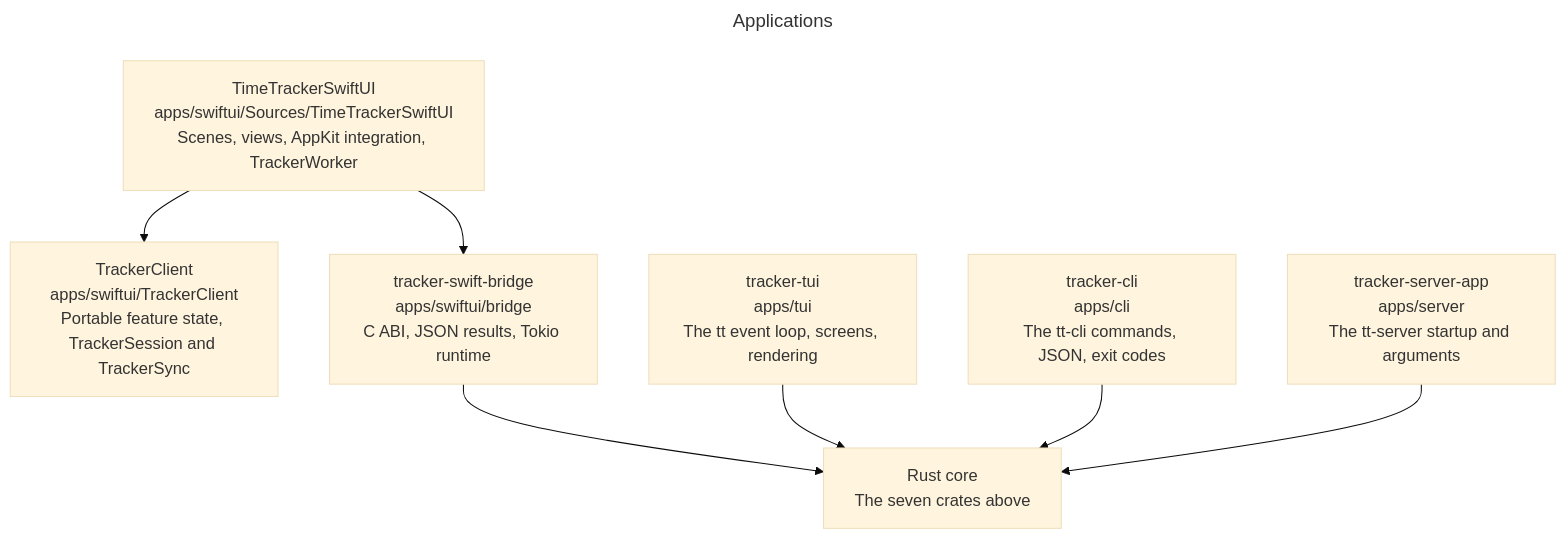
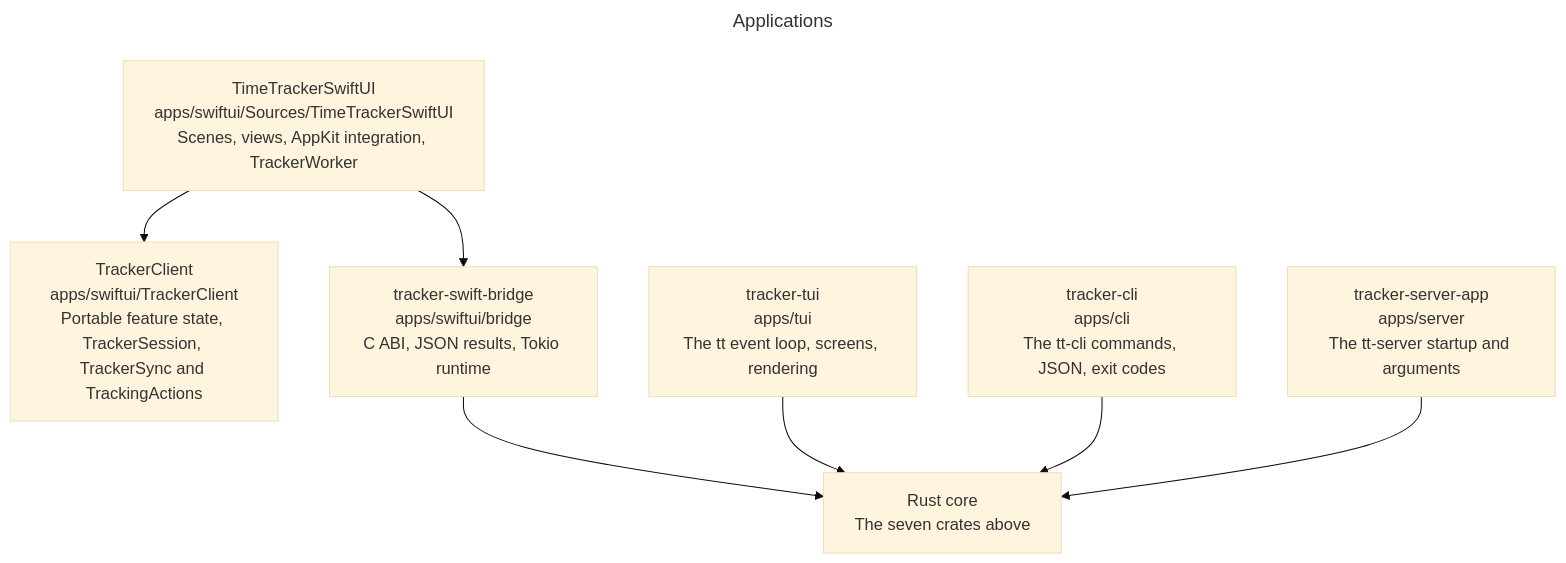
One commit to remshams/time-tracker changed the fourth of 6 diagrams in docs/architecture/architecture.md. Above: the diagram before and after it, drawn with Mermaid (base theme). The commit also changed other lines of this file and 1 other file, not shown here.

First line of the commit message:
docs(Architecture): name TrackingActions in the module and tracking diagrams

````diff
--- a/docs/architecture/architecture.md
+++ b/docs/architecture/architecture.md
@@ -133,15 +133,15 @@
 ```mermaid
 ---
 title: Applications
 ---
 flowchart TD
     mac["TimeTrackerSwiftUI<br>apps/swiftui/Sources/TimeTrackerSwiftUI<br>Scenes, views, AppKit integration, TrackerWorker"]:::module
-    package["TrackerClient<br>apps/swiftui/TrackerClient<br>Portable feature state, TrackerSession and TrackerSync"]:::module
+    package["TrackerClient<br>apps/swiftui/TrackerClient<br>Portable feature state, TrackerSession, TrackerSync and TrackingActions"]:::module
     bridge["tracker-swift-bridge<br>apps/swiftui/bridge<br>C ABI, JSON results, Tokio runtime"]:::module
     tui["tracker-tui<br>apps/tui<br>The tt event loop, screens, rendering"]:::module
     cli["tracker-cli<br>apps/cli<br>The tt-cli commands, JSON, exit codes"]:::module
     serverapp["tracker-server-app<br>apps/server<br>The tt-server startup and arguments"]:::module
     core["Rust core<br>The seven crates above"]:::group
     mac --> package & bridge
     bridge & tui & cli & serverapp --> core
 ```
````
